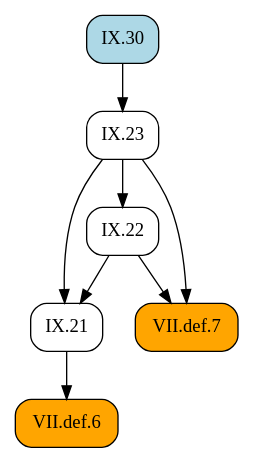
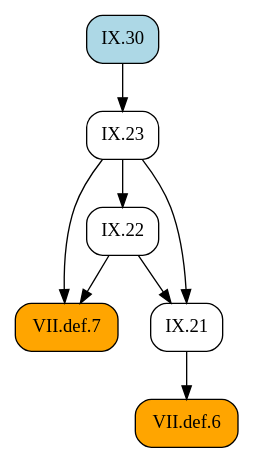
One commit to geometor/elements changed the diagram in docsrc/heath/IX/30/index.rst. Above: the diagram before and after it, drawn with Graphviz. The commit also changed other lines of this file and 484 other files, not shown here.

```diff
--- a/docsrc/heath/IX/30/index.rst
+++ b/docsrc/heath/IX/30/index.rst
@@ -40,19 +40,19 @@
 .. graphviz::
 
    digraph {
      rankdir="TB";
      node [shape=box, style=rounded];
+     "VII.def.6" [style="rounded,filled", fillcolor=orange, URL="/heath/VII/def.6/", target="_top"];
+     "IX.30" [style="rounded,filled", fillcolor=lightblue, URL="/heath/IX/30/", target="_top"];
+     "IX.22" [URL="/heath/IX/22/", target="_top"];
+     "IX.23" [URL="/heath/IX/23/", target="_top"];
+     "VII.def.7" [style="rounded,filled", fillcolor=orange, URL="/heath/VII/def.7/", target="_top"];
      "IX.21" [URL="/heath/IX/21/", target="_top"];
-     "IX.23" [URL="/heath/IX/23/", target="_top"];
-     "VII.def.6" [style="rounded,filled", fillcolor=orange, URL="/heath/VII/def.6/", target="_top"];
-     "IX.22" [URL="/heath/IX/22/", target="_top"];
-     "IX.30" [style="rounded,filled", fillcolor=lightblue, URL="/heath/IX/30/", target="_top"];
-     "VII.def.7" [style="rounded,filled", fillcolor=orange, URL="/heath/VII/def.7/", target="_top"];
+     "IX.21" -> "VII.def.6";
+     "IX.23" -> "IX.22";
+     "IX.30" -> "IX.23";
+     "IX.22" -> "VII.def.7";
+     "IX.23" -> "VII.def.7";
      "IX.22" -> "IX.21";
      "IX.23" -> "IX.21";
-     "IX.30" -> "IX.23";
-     "IX.21" -> "VII.def.6";
-     "IX.23" -> "IX.22";
-     "IX.22" -> "VII.def.7";
-     "IX.23" -> "VII.def.7";
    }
```
